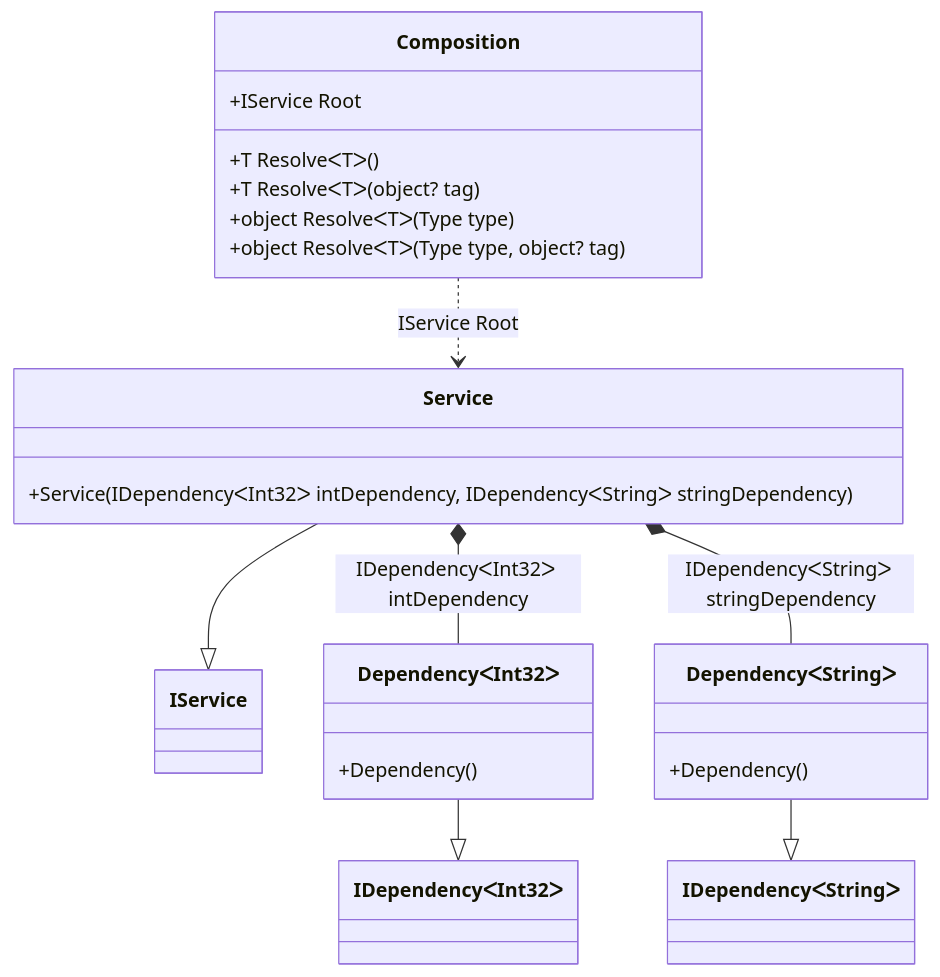
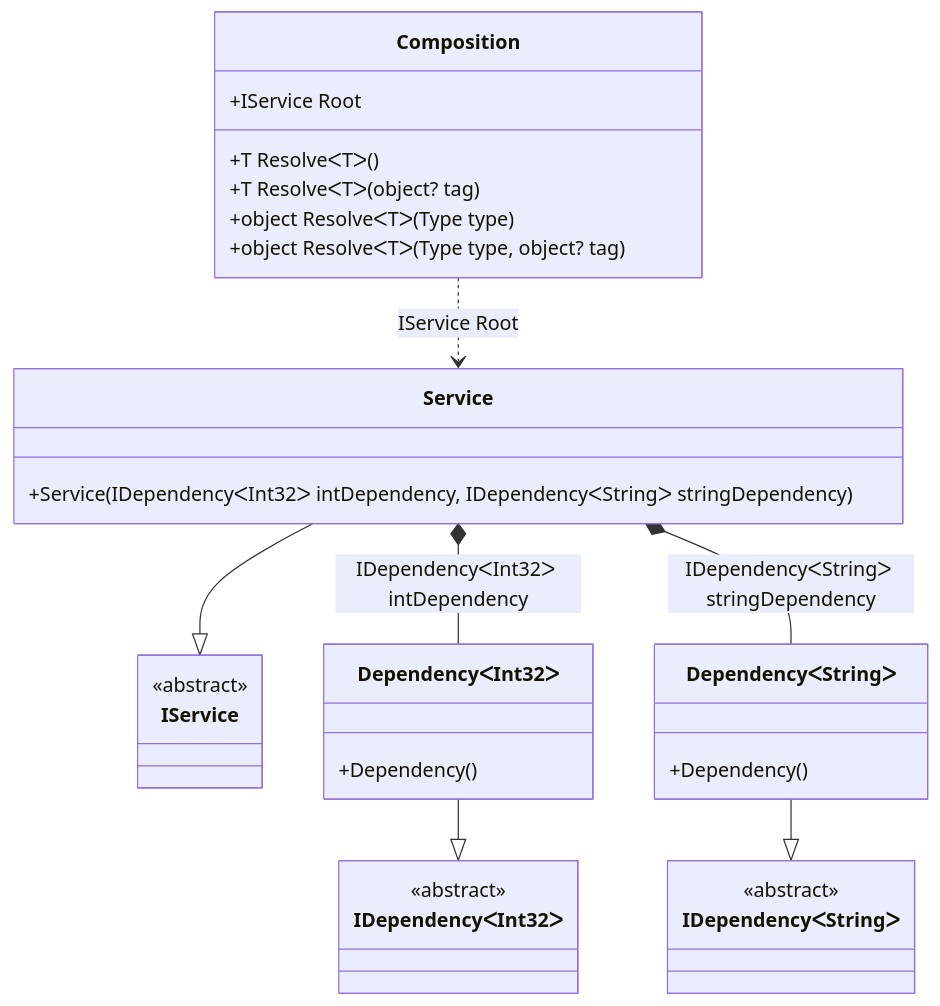
The fifth of 35 diagrams in readme/Examples.md (DevTeam/Pure.DI), drawn with Mermaid before and after one commit. The commit also changed other lines of this file and 3 other files, not shown here.

````diff
--- a/readme/Examples.md
+++ b/readme/Examples.md
@@ -343,25 +367,34 @@
 ```mermaid
 classDiagram
-class Composition {
-+IService Root
-+T ResolveᐸTᐳ()
-+T ResolveᐸTᐳ(object? tag)
-+object ResolveᐸTᐳ(Type type)
-+object ResolveᐸTᐳ(Type type, object? tag)
-}
-Service --|> IService : 
-class Service {
-+Service(IDependencyᐸInt32ᐳ intDependency, IDependencyᐸStringᐳ stringDependency)
-}
-DependencyᐸInt32ᐳ --|> IDependencyᐸInt32ᐳ : 
-class DependencyᐸInt32ᐳ {
-+Dependency()
-}
-DependencyᐸStringᐳ --|> IDependencyᐸStringᐳ : 
-class DependencyᐸStringᐳ {
-+Dependency()
-}
-Service *--  DependencyᐸInt32ᐳ : IDependencyᐸInt32ᐳ intDependency
-Service *--  DependencyᐸStringᐳ : IDependencyᐸStringᐳ stringDependency
-Composition ..> Service : IService Root
+  class Composition {
+    +IService Root
+    +T ResolveᐸTᐳ()
+    +T ResolveᐸTᐳ(object? tag)
+    +object ResolveᐸTᐳ(Type type)
+    +object ResolveᐸTᐳ(Type type, object? tag)
+  }
+  Service --|> IService : 
+  class Service {
+    +Service(IDependencyᐸInt32ᐳ intDependency, IDependencyᐸStringᐳ stringDependency)
+  }
+  DependencyᐸInt32ᐳ --|> IDependencyᐸInt32ᐳ : 
+  class DependencyᐸInt32ᐳ {
+    +Dependency()
+  }
+  DependencyᐸStringᐳ --|> IDependencyᐸStringᐳ : 
+  class DependencyᐸStringᐳ {
+    +Dependency()
+  }
+  class IService {
+    <<abstract>>
+  }
+  class IDependencyᐸInt32ᐳ {
+    <<abstract>>
+  }
+  class IDependencyᐸStringᐳ {
+    <<abstract>>
+  }
+  Service *--  DependencyᐸInt32ᐳ : IDependencyᐸInt32ᐳ intDependency
+  Service *--  DependencyᐸStringᐳ : IDependencyᐸStringᐳ stringDependency
+  Composition ..> Service : IService Root
 ```
````
